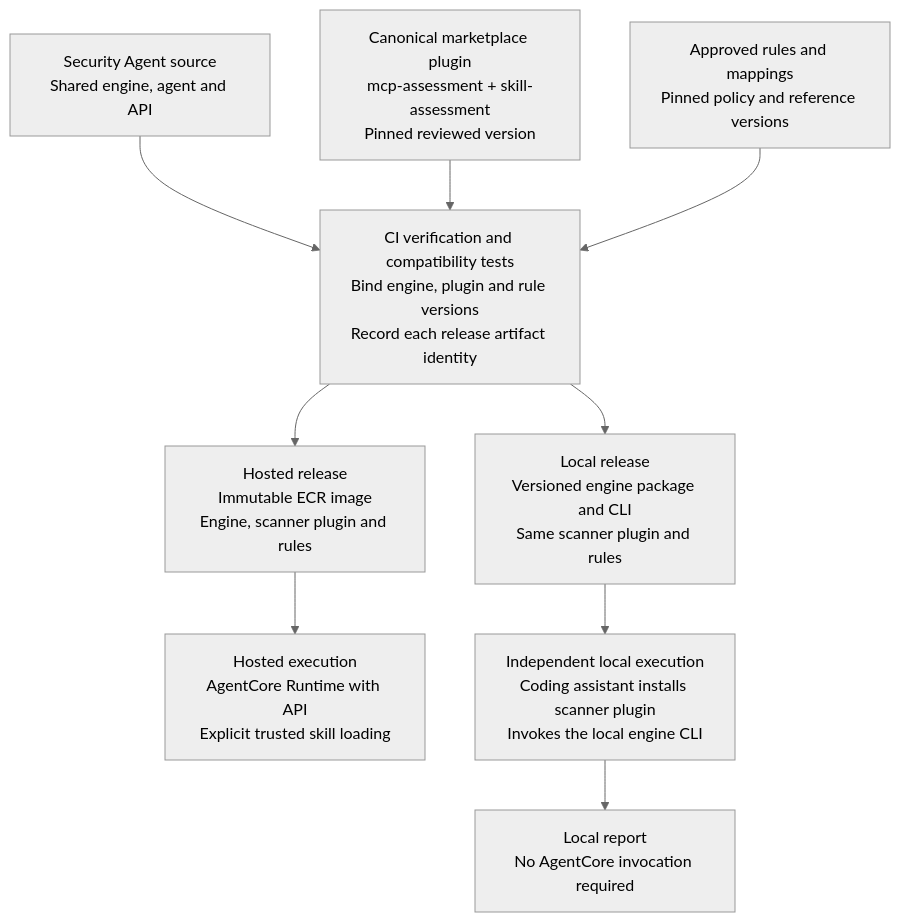
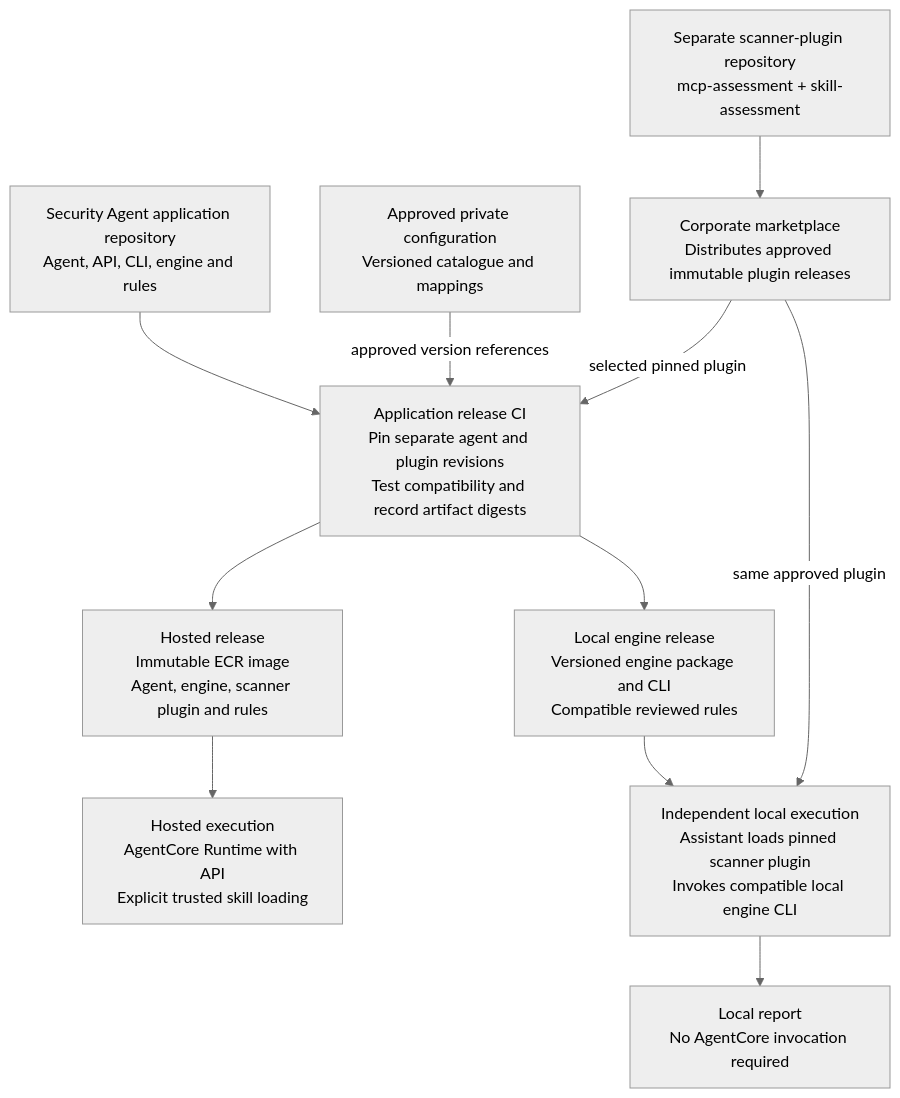
The diagram in docs/diagrams/deployment-distribution.mmd (dliu-lab/security-agent), drawn with Mermaid (neutral theme) before and after one commit. The commit also changed 11 other files, not shown here.

```diff
--- a/docs/diagrams/deployment-distribution.mmd
+++ b/docs/diagrams/deployment-distribution.mmd
@@ -1,16 +1,15 @@
 flowchart TB
-    App["Security Agent source<br/>Shared engine, agent and API"]
-    Scanner["Canonical marketplace plugin<br/>mcp-assessment + skill-assessment<br/>Pinned reviewed version"]
-    Rules["Approved rules and mappings<br/>Pinned policy and reference versions"]
-
+    App["Security Agent application repository<br/>Agent, API, CLI, engine and rules"]
+    Plugin["Separate scanner-plugin repository<br/>mcp-assessment + skill-assessment"]
+    Controls["Approved private configuration<br/>Versioned catalogue and mappings"]
+    Plugin --> Marketplace["Corporate marketplace<br/>Distributes approved immutable plugin releases"]
     App --> CI
-    Scanner --> CI
-    Rules --> CI
-    CI["CI verification and compatibility tests<br/>Bind engine, plugin and rule versions<br/>Record each release artifact identity"]
-
-    CI --> Image["Hosted release<br/>Immutable ECR image<br/>Engine, scanner plugin and rules"]
+    Marketplace -->|selected pinned plugin| CI
+    Controls -->|approved version references| CI
+    CI["Application release CI<br/>Pin separate agent and plugin revisions<br/>Test compatibility and record artifact digests"]
+    CI --> Image["Hosted release<br/>Immutable ECR image<br/>Agent, engine, scanner plugin and rules"]
     Image --> Hosted["Hosted execution<br/>AgentCore Runtime with API<br/>Explicit trusted skill loading"]
-
-    CI --> Package["Local release<br/>Versioned engine package and CLI<br/>Same scanner plugin and rules"]
-    Package --> Local["Independent local execution<br/>Coding assistant installs scanner plugin<br/>Invokes the local engine CLI"]
+    CI --> Package["Local engine release<br/>Versioned engine package and CLI<br/>Compatible reviewed rules"]
+    Package --> Local["Independent local execution<br/>Assistant loads pinned scanner plugin<br/>Invokes compatible local engine CLI"]
+    Marketplace -->|same approved plugin| Local
     Local --> Report["Local report<br/>No AgentCore invocation required"]
```
